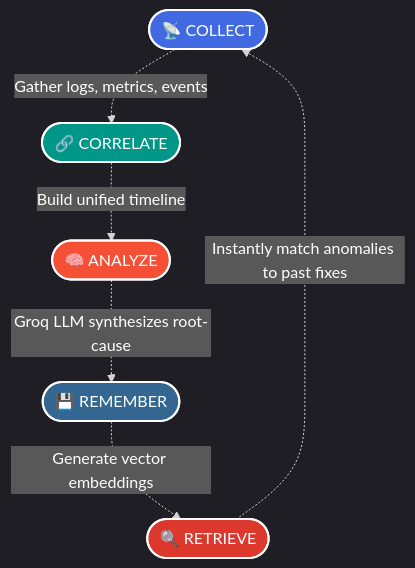
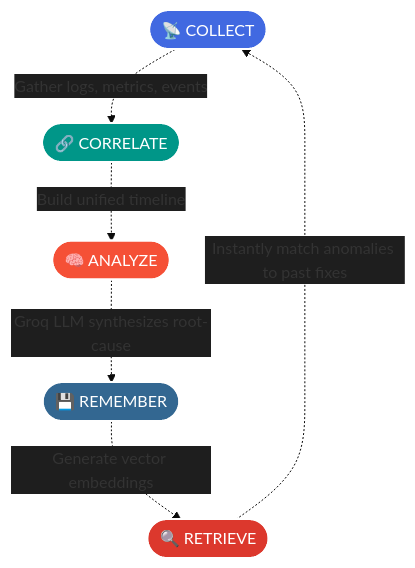
The first of 2 diagrams in README.md (bhargavatejagolla/Kairos), drawn with Mermaid before and after one commit. The commit also changed other lines of this file, not shown here.

````diff
--- a/README.md
+++ b/README.md
@@ -71,15 +68,15 @@
 ```mermaid
-%%{init: {'theme': 'dark', 'themeVariables': { 'primaryColor': '#1E1E1E', 'textColor': '#FFFFFF' }}}%%
+%%{init: {'theme': 'base', 'themeVariables': { 'primaryColor': '#1E1E1E', 'textColor': '#FFFFFF', 'edgeLabelBackground':'#1E1E1E' }}}%%
 flowchart TD
     A([📡 COLLECT]) -.->|Gather logs, metrics, events| B([🔗 CORRELATE])
     B -.->|Build unified timeline| C([🧠 ANALYZE])
     C -.->|Groq LLM synthesizes root-cause| D([💾 REMEMBER])
     D -.->|Generate vector embeddings| E([🔍 RETRIEVE])
     E -.->|Instantly match anomalies to past fixes| A
 
     style A fill:#4169E1,stroke:#FFFFFF,stroke-width:2px,color:#fff
     style B fill:#009688,stroke:#FFFFFF,stroke-width:2px,color:#fff
     style C fill:#F55036,stroke:#FFFFFF,stroke-width:2px,color:#fff
     style D fill:#336791,stroke:#FFFFFF,stroke-width:2px,color:#fff
     style E fill:#DC382D,stroke:#FFFFFF,stroke-width:2px,color:#fff
 ```
````
